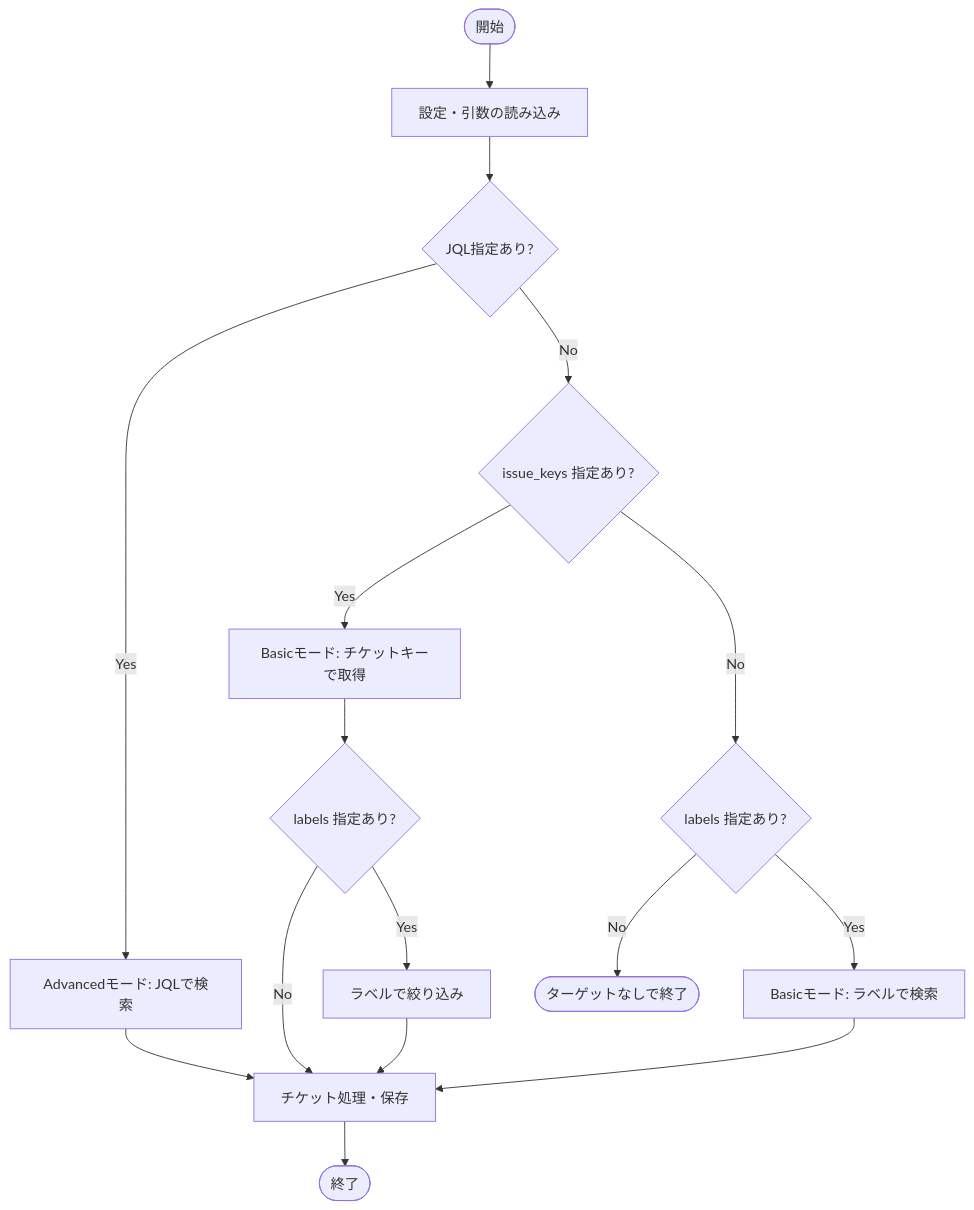
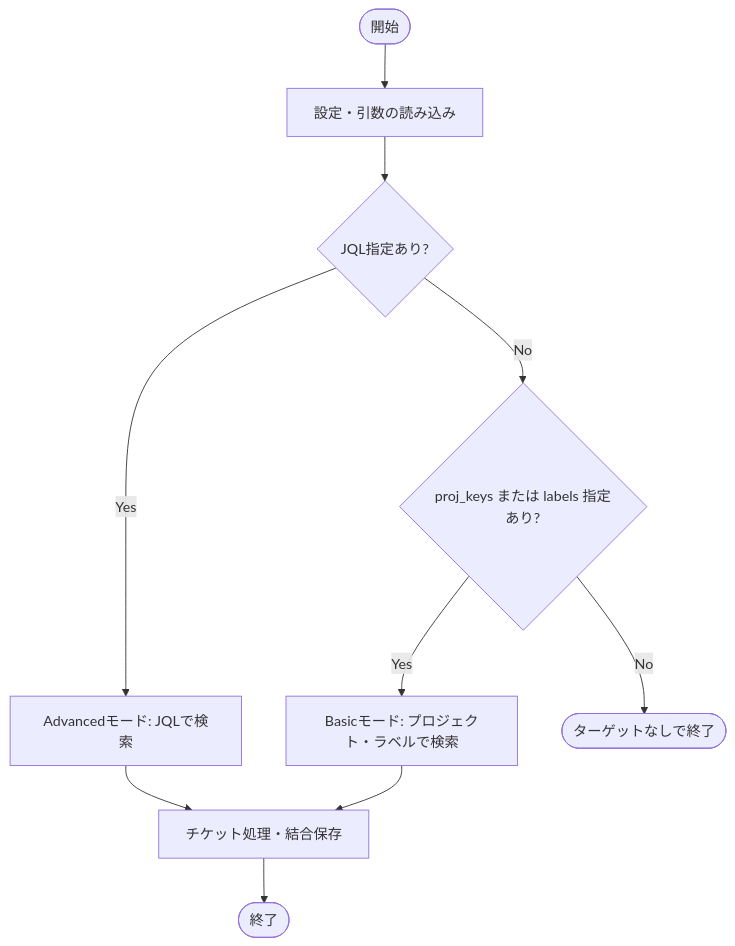
The diagram in README.md (masanori-satake/J2M-Export), drawn with Mermaid before and after one commit. The commit also changed other lines of this file and 6 other files, not shown here.

````diff
--- a/README.md
+++ b/README.md
@@ -95,24 +93,17 @@
 ```mermaid
 graph TD
     Start(["開始"]) --> LoadConfig["設定・引数の読み込み"]
     LoadConfig --> IsAdvanced{"JQL指定あり?"}
 
     IsAdvanced -- "Yes" --> FetchJQL["Advancedモード: JQLで検索"]
-    FetchJQL --> ProcessIssues["チケット処理・保存"]
+    FetchJQL --> ProcessIssues["チケット処理・結合保存"]
 
-    IsAdvanced -- "No" --> HasKeys{"issue_keys 指定あり?"}
+    IsAdvanced -- "No" --> HasParams{"proj_keys または labels 指定あり?"}
 
-    HasKeys -- "Yes" --> FetchKeys["Basicモード: チケットキーで取得"]
-    FetchKeys --> HasLabels{"labels 指定あり?"}
-    HasLabels -- "Yes" --> FilterLabels["ラベルで絞り込み"]
-    HasLabels -- "No" --> ProcessIssues
-    FilterLabels --> ProcessIssues
+    HasParams -- "Yes" --> FetchBasic["Basicモード: プロジェクト・ラベルで検索"]
+    FetchBasic --> ProcessIssues
 
-    HasKeys -- "No" --> HasLabelsOnly{"labels 指定あり?"}
-    HasLabelsOnly -- "Yes" --> FetchLabels["Basicモード: ラベルで検索"]
-    HasLabelsOnly -- "No" --> NoIssues(["ターゲットなしで終了"])
-
-    FetchLabels --> ProcessIssues
+    HasParams -- "No" --> NoIssues(["ターゲットなしで終了"])
 
     ProcessIssues --> End(["終了"])
 ```
````
